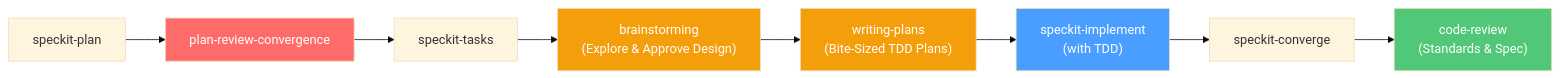
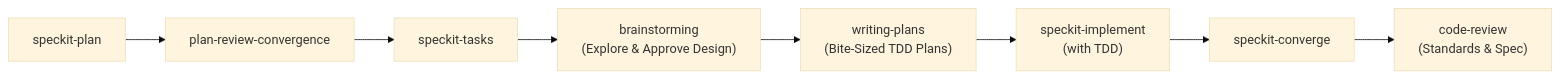
The diagram in context/workflow.md (pminhtaiii/Flight-Booking-System), drawn with Mermaid (base theme) before and after one commit. The commit also changed other lines of this file and 4 other files, not shown here.

Commit message:
fix(profile): use canonical PROFILE_UPDATE_CONFLICT token and remove hex styles in workflow diagram

````diff
--- a/context/workflow.md
+++ b/context/workflow.md
@@ -13,16 +13,10 @@
 ```mermaid
 flowchart LR
     A["speckit-plan"] --> B["plan-review-convergence"]
     B --> C["speckit-tasks"]
     C --> D["brainstorming\n(Explore & Approve Design)"]
     D --> E["writing-plans\n(Bite-Sized TDD Plans)"]
     E --> F["speckit-implement\n(with TDD)"]
     F --> G["speckit-converge"]
     G --> H["code-review\n(Standards & Spec)"]
-
-    style B fill:#ff6b6b,color:#fff
-    style D fill:#f59e0b,color:#fff
-    style E fill:#f59e0b,color:#fff
-    style F fill:#4a9eff,color:#fff
-    style H fill:#50c878,color:#fff
 ```
````
